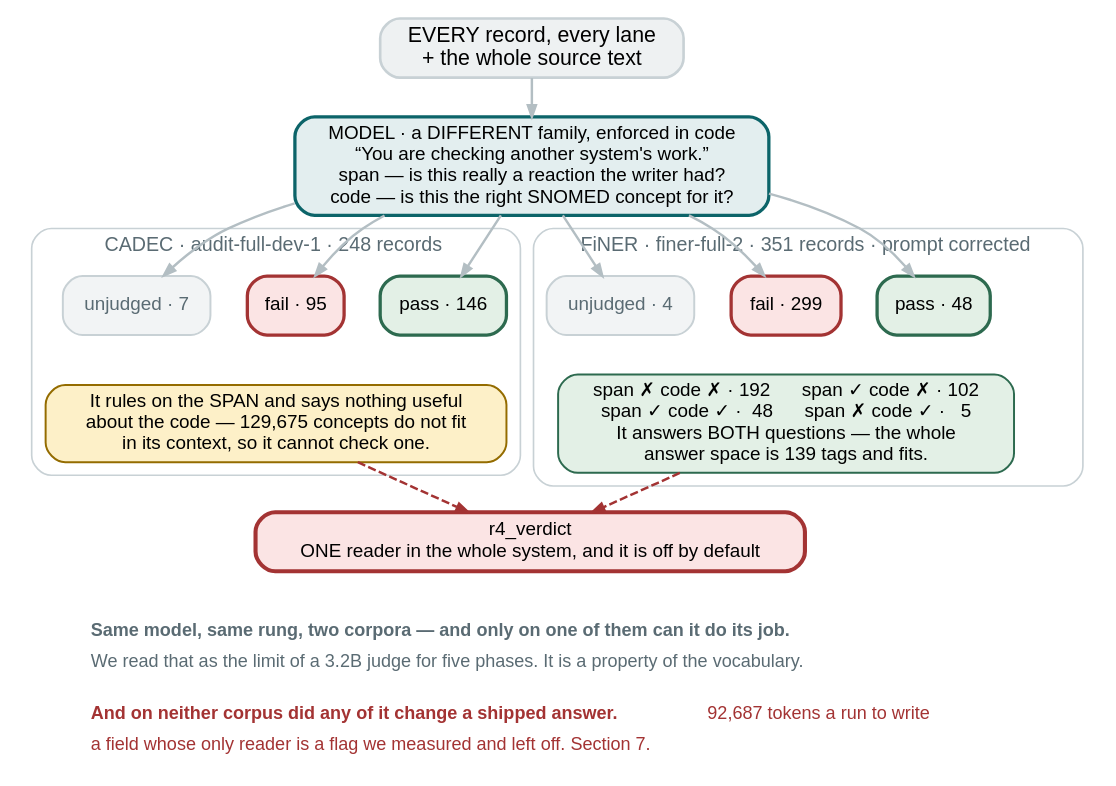
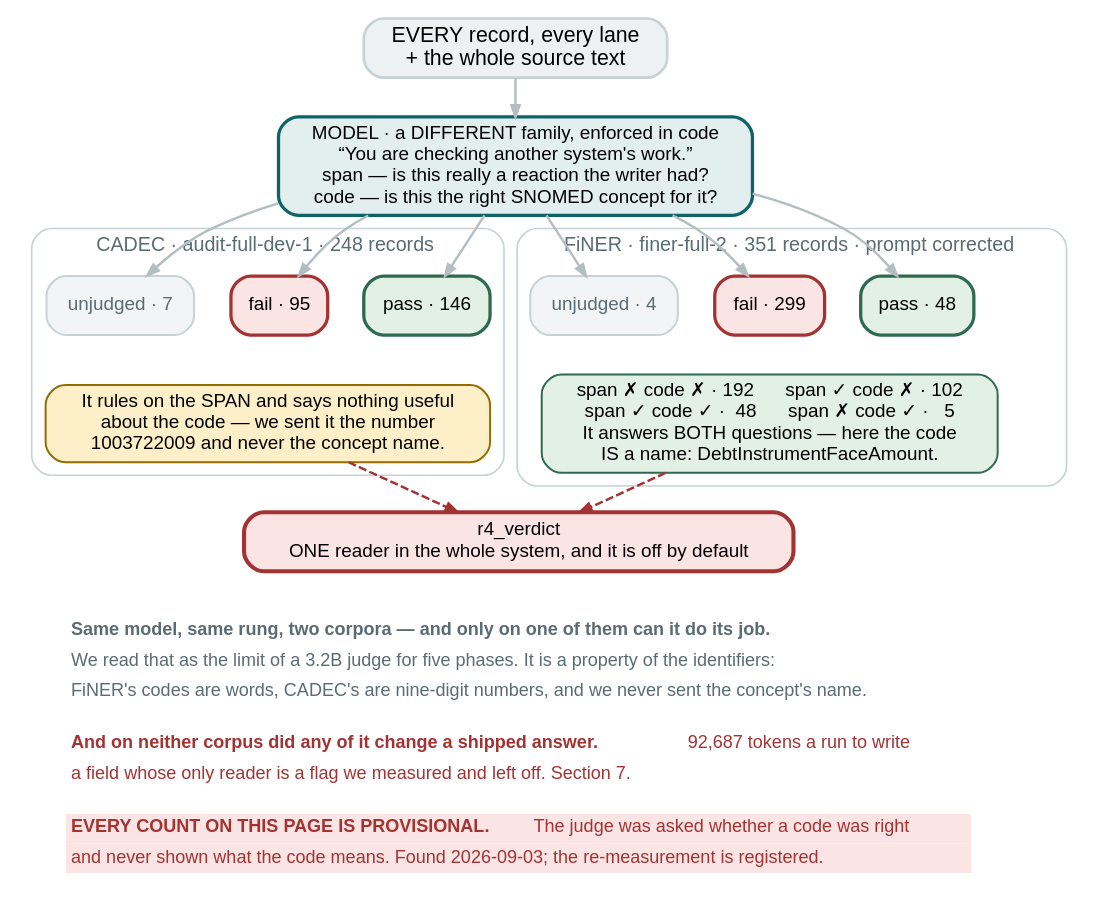
Before and after one commit to wbagais/reliability-ladder: the diagram in docs/figures/fig18-rung4.dot, drawn with Graphviz. The commit also changed 3 other files, not shown here.

```diff
--- a/docs/figures/fig18-rung4.dot
+++ b/docs/figures/fig18-rung4.dot
@@ -1,61 +1,73 @@
 // Rung 4 on both corpora. One model call per record; the judge is required to be
 // a different family from the extractor, enforced in run.py.
 //
 // CADEC: out/audit-full-dev-1 (dev, 248 records) — pass 146 / fail 95 / 7
 // unjudged. FiNER: out/finer-full-2 (dev, 351 records) — pass 48 / fail 299 /
 // 4 unjudged, decomposing to (span_ok, code_ok) as shown. Each panel is ONE run
 // and says which; the pass/fail correctness separation (21.0% vs 12.7%) comes
 // from a different dev draw and is deliberately NOT mixed in here.
+//
+// PROVISIONAL — READ THIS BEFORE QUOTING ANY NUMBER HERE. `sct_label` appears
+// nowhere in r4.py, so the judge was handed a bare nine-digit code and asked
+// whether it was the right SNOMED concept. Every pass/fail count below measures a
+// judge that could not answer the question it was asked. Found 2026-09-03.
 //
 // COLOUR KEY — the article's: teal a model runs here · green pass · red fail
 digraph rung4 {
   rankdir=TB; bgcolor="white"; nodesep=0.30; ranksep=0.34;
   node [shape=box style="filled,rounded" fontname="Helvetica" fontsize=11.5
         color="#c8d1d5" penwidth=1.2];
   edge [color="#b3bec3" penwidth=1.5 arrowsize=0.7 fontname="Helvetica" fontsize=10];
 
   in [label="EVERY record, every lane\n+ the whole source text"
       fillcolor="#eef1f2" fontsize=13 penwidth=1.6];
   j  [label="MODEL · a DIFFERENT family, enforced in code\n“You are checking another system's work.”\nspan — is this really a reaction the writer had?\ncode — is this the right SNOMED concept for it?"
       fillcolor="#e3eeef" color="#0c6469" penwidth=2];
 
   subgraph cluster_c {
     label="  CADEC · audit-full-dev-1 · 248 records  "; fontname="Helvetica"; fontsize=12;
     color="#c8d1d5"; style=rounded; fontcolor="#5a6b73";
     cp [label="pass · 146" fillcolor="#e3f0e6" color="#2d6a4f" penwidth=2];
     cf [label="fail · 95" fillcolor="#fbe4e4" color="#a33333" penwidth=2];
     cu [label="unjudged · 7" fillcolor="#f2f4f5" fontcolor="#5a6b73"];
-    cn [label="It rules on the SPAN and says nothing useful\nabout the code — 129,675 concepts do not fit\nin its context, so it cannot check one."
+    cn [label="It rules on the SPAN and says nothing useful
+about the code — we sent it the number
+1003722009 and never the concept name."
         fillcolor="#fdf0c8" color="#946c00"];
     { rank=same; cp; cf; cu }
     cp -> cn [style=invis]; cf -> cn [style=invis];
   }
 
   subgraph cluster_f {
     label="  FiNER · finer-full-2 · 351 records · prompt corrected  "; fontname="Helvetica";
     fontsize=12; color="#c8d1d5"; style=rounded; fontcolor="#5a6b73";
     fp [label="pass · 48" fillcolor="#e3f0e6" color="#2d6a4f" penwidth=2];
     ff [label="fail · 299" fillcolor="#fbe4e4" color="#a33333" penwidth=2];
     fu [label="unjudged · 4" fillcolor="#f2f4f5" fontcolor="#5a6b73"];
-    fn [label="span ✗ code ✗ · 192      span ✓ code ✗ · 102\nspan ✓ code ✓ ·  48      span ✗ code ✓ ·   5\nIt answers BOTH questions — the whole\nanswer space is 139 tags and fits."
+    fn [label="span ✗ code ✗ · 192      span ✓ code ✗ · 102\nspan ✓ code ✓ ·  48      span ✗ code ✓ ·   5\nIt answers BOTH questions — here the code
+IS a name: DebtInstrumentFaceAmount."
         fillcolor="#e3f0e6" color="#2d6a4f"];
     { rank=same; fp; ff; fu }
     fp -> fn [style=invis]; ff -> fn [style=invis];
   }
 
   dead [label="r4_verdict\nONE reader in the whole system, and it is off by default"
         fillcolor="#fbe4e4" color="#a33333" penwidth=2.5];
 
   in -> j; j -> cp; j -> cf; j -> cu; j -> fp; j -> ff; j -> fu;
   cn -> dead [style=dashed color="#a33333"]; fn -> dead [style=dashed color="#a33333"];
 
   note [shape=plaintext style="" fillcolor="white"
         label=<<TABLE BORDER="0" CELLBORDER="0" CELLSPACING="0" CELLPADDING="3">
         <TR><TD ALIGN="LEFT"><FONT POINT-SIZE="11" COLOR="#5a6b73"><B>Same model, same rung, two corpora — and only on one of them can it do its job.</B></FONT></TD></TR>
-        <TR><TD ALIGN="LEFT"><FONT POINT-SIZE="11" COLOR="#5a6b73">We read that as the limit of a 3.2B judge for five phases. It is a property of the vocabulary.</FONT></TD></TR>
+        <TR><TD ALIGN="LEFT"><FONT POINT-SIZE="11" COLOR="#5a6b73">We read that as the limit of a 3.2B judge for five phases. It is a property of the identifiers:</FONT></TD></TR>
+        <TR><TD ALIGN="LEFT"><FONT POINT-SIZE="11" COLOR="#5a6b73">FiNER&#39;s codes are words, CADEC&#39;s are nine-digit numbers, and we never sent the concept&#39;s name.</FONT></TD></TR>
         <TR><TD ALIGN="LEFT"><FONT POINT-SIZE="8"> </FONT></TD></TR>
         <TR><TD ALIGN="LEFT"><FONT POINT-SIZE="11" COLOR="#a33333"><B>And on neither corpus did any of it change a shipped answer.</B> 92,687 tokens a run to write</FONT></TD></TR>
         <TR><TD ALIGN="LEFT"><FONT POINT-SIZE="11" COLOR="#a33333">a field whose only reader is a flag we measured and left off. Section 7.</FONT></TD></TR>
+        <TR><TD ALIGN="LEFT"><FONT POINT-SIZE="8"> </FONT></TD></TR>
+        <TR><TD ALIGN="LEFT" BGCOLOR="#fbe4e4"><FONT POINT-SIZE="11" COLOR="#a33333"><B>EVERY COUNT ON THIS PAGE IS PROVISIONAL.</B> The judge was asked whether a code was right</FONT></TD></TR>
+        <TR><TD ALIGN="LEFT" BGCOLOR="#fbe4e4"><FONT POINT-SIZE="11" COLOR="#a33333">and never shown what the code means. Found 2026-09-03; the re-measurement is registered.</FONT></TD></TR>
         </TABLE>>];
   dead -> note [style=invis];
 }
```
